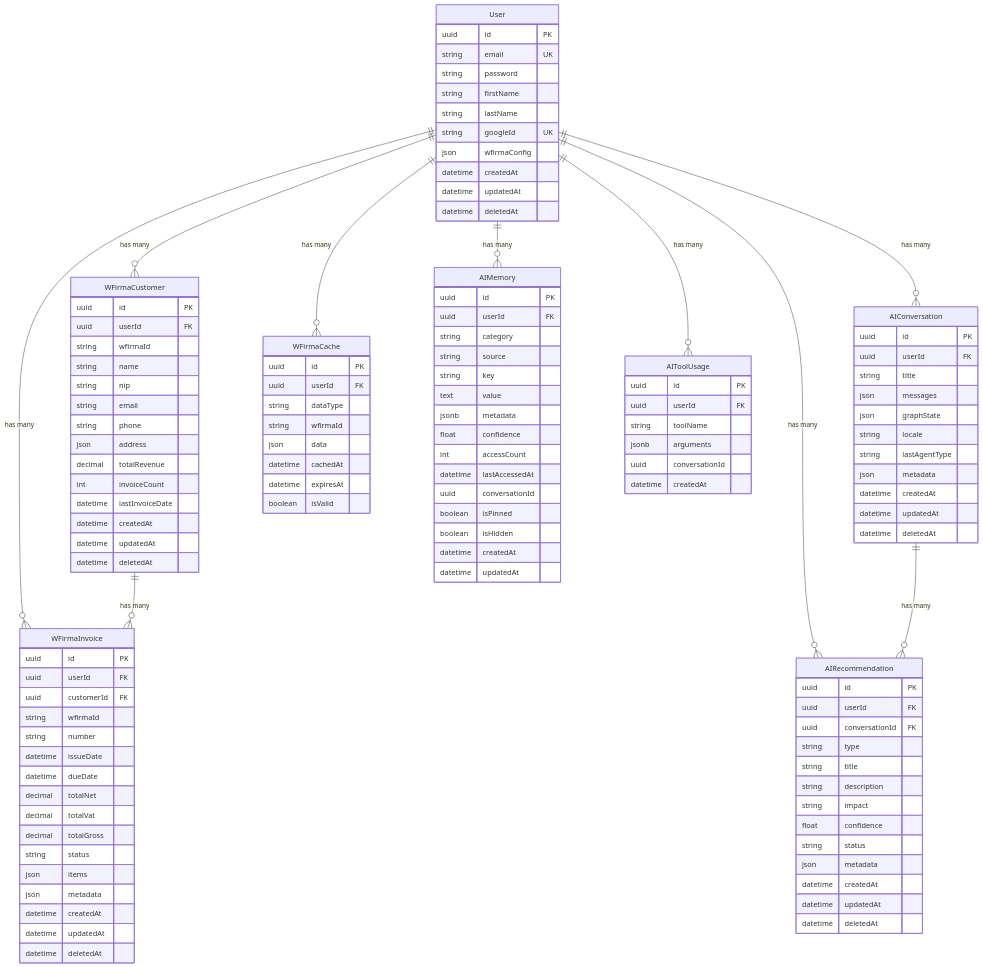
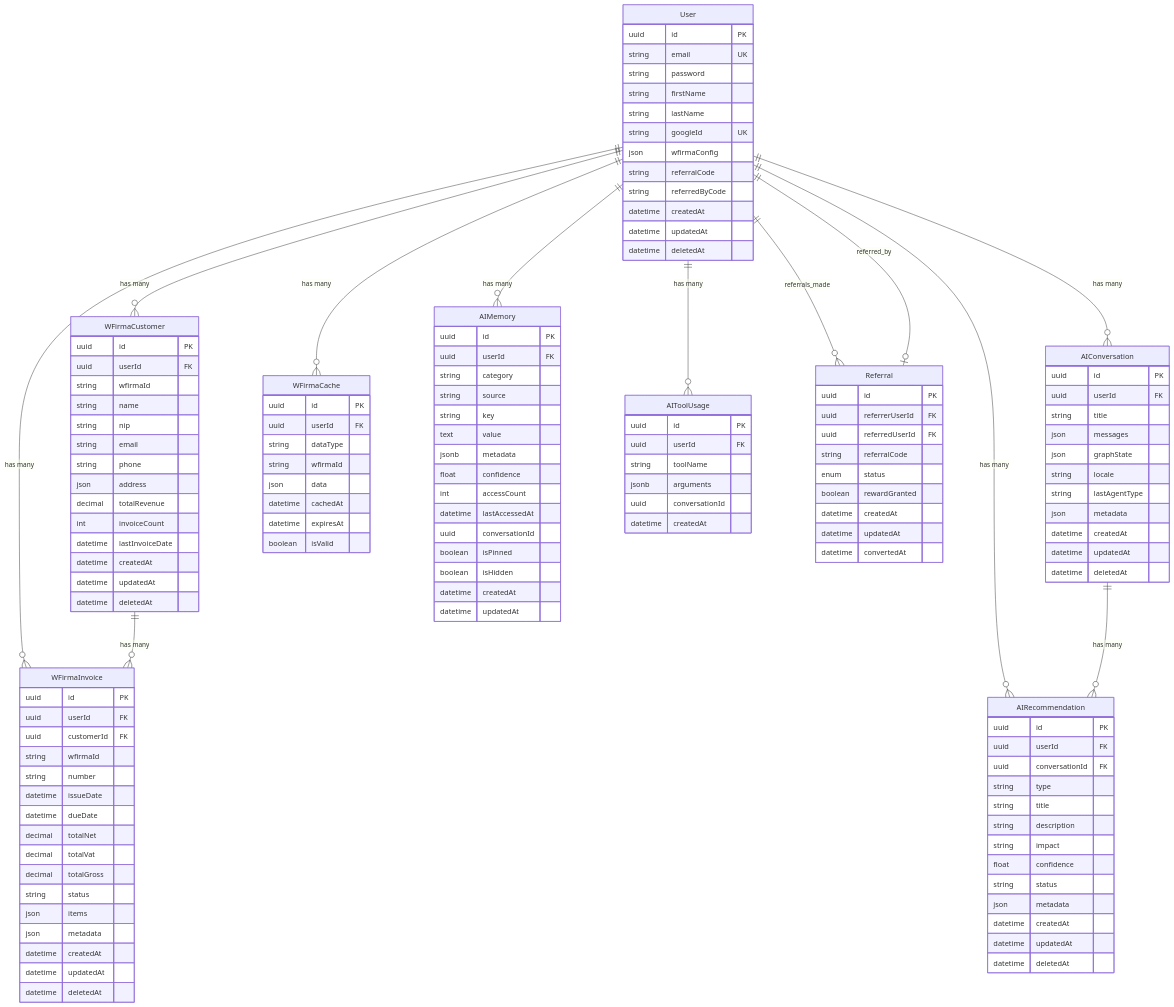
Before and after one commit to JealousyM/accounting-ai-agent: the diagram in docs/DATABASE.md, drawn with Mermaid. The commit also changed other lines of this file and 4 other files, not shown here.

```diff
--- a/docs/DATABASE.md
+++ b/docs/DATABASE.md
@@ -43,6 +43,8 @@
     User ||--o{ WFirmaCache : "has many"
     User ||--o{ AIMemory : "has many"
     User ||--o{ AIToolUsage : "has many"
+    User ||--o{ Referral : "referrals_made"
+    User ||--o| Referral : "referred_by"
     WFirmaCustomer ||--o{ WFirmaInvoice : "has many"
     AIConversation ||--o{ AIRecommendation : "has many"
 
@@ -54,9 +56,23 @@
         string lastName
         string googleId UK
         json wfirmaConfig
+        string referralCode
+        string referredByCode
         datetime createdAt
         datetime updatedAt
         datetime deletedAt
+    }
+
+    Referral {
+        uuid id PK
+        uuid referrerUserId FK
+        uuid referredUserId FK
+        string referralCode
+        enum status
+        boolean rewardGranted
+        datetime createdAt
+        datetime updatedAt
+        datetime convertedAt
     }
 
     WFirmaInvoice {
```
